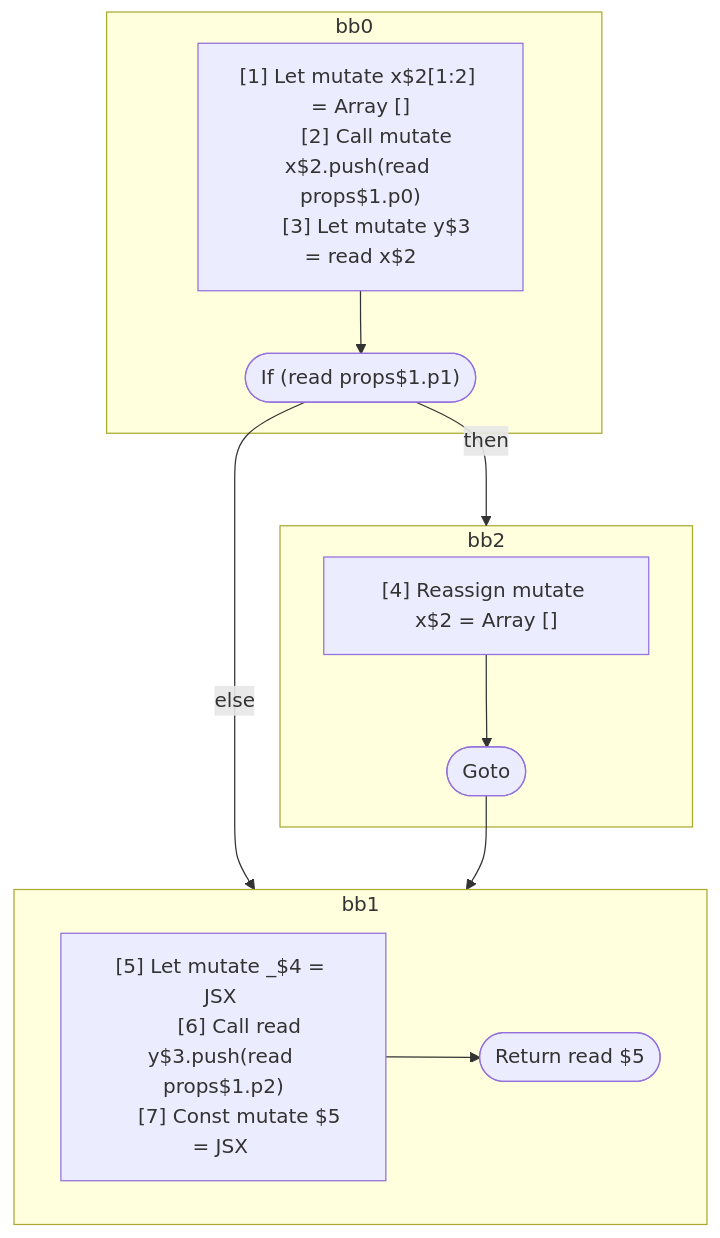
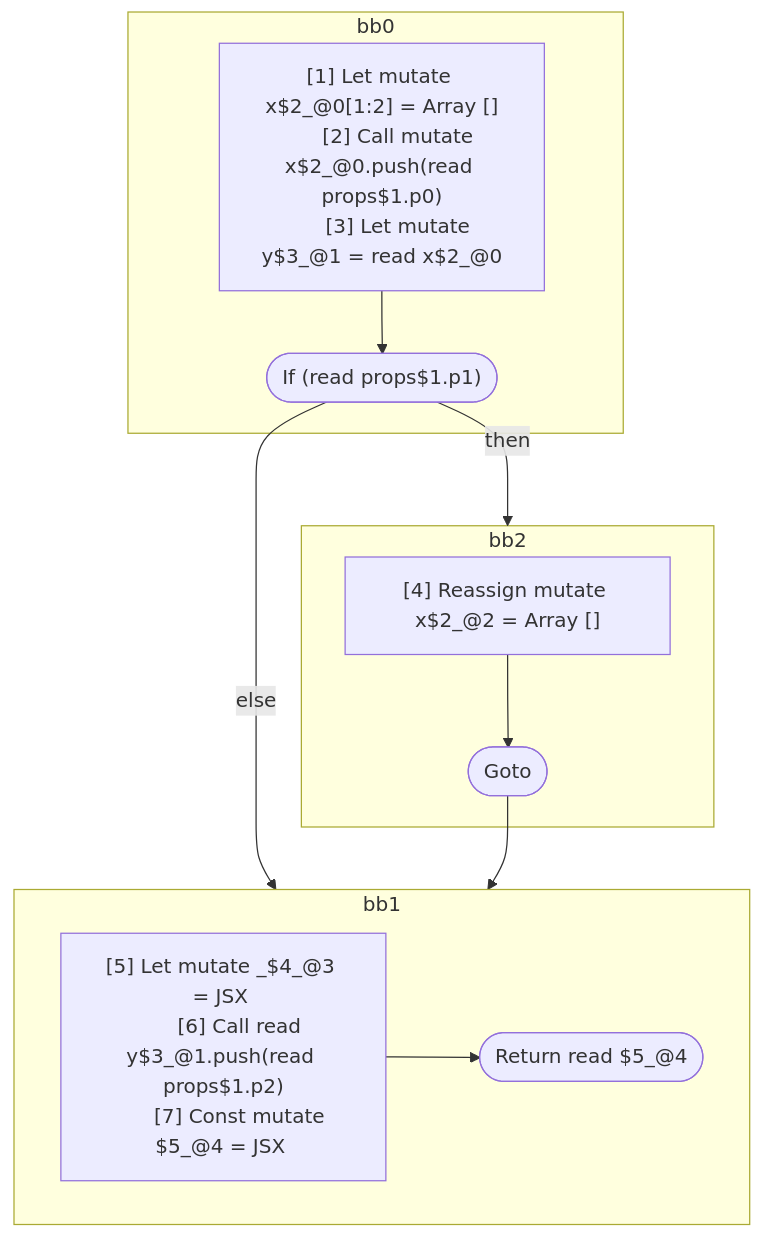
Before and after one commit to wutsmog/private: the diagram in compiler/forget/src/__tests__/fixtures/hir/reassignment-conditional.expect.md, drawn with Mermaid. The commit also changed other lines of this file and 60 other files, not shown here.

````diff
--- a/compiler/forget/src/__tests__/fixtures/hir/reassignment-conditional.expect.md
+++ b/compiler/forget/src/__tests__/fixtures/hir/reassignment-conditional.expect.md
@@ -44,32 +44,32 @@
 ```mermaid
 flowchart TB
   %% Basic Blocks
   subgraph bb0
     bb0_instrs["
-      [1] Let mutate x$2[1:2] = Array []
-      [2] Call mutate x$2.push(read props$1.p0)
-      [3] Let mutate y$3 = read x$2
+      [1] Let mutate x$2_@0[1:2] = Array []
+      [2] Call mutate x$2_@0.push(read props$1.p0)
+      [3] Let mutate y$3_@1 = read x$2_@0
     "]
     bb0_instrs --> bb0_terminal(["If (read props$1.p1)"])
   end
   subgraph bb2
     bb2_instrs["
-      [4] Reassign mutate x$2 = Array []
+      [4] Reassign mutate x$2_@2 = Array []
     "]
     bb2_instrs --> bb2_terminal(["Goto"])
   end
   subgraph bb1
     bb1_instrs["
-      [5] Let mutate _$4 = JSX <read Component$0 x={freeze x$2} ></read Component$0>
-      [6] Call read y$3.push(read props$1.p2)
-      [7] Const mutate $5 = JSX <read Component$0 x={read x$2} y={read y$3} ></read Component$0>
+      [5] Let mutate _$4_@3 = JSX <read Component$0 x={freeze x$2} ></read Component$0>
+      [6] Call read y$3_@1.push(read props$1.p2)
+      [7] Const mutate $5_@4 = JSX <read Component$0 x={read x$2} y={read y$3_@1} ></read Component$0>
     "]
-    bb1_instrs --> bb1_terminal(["Return read $5"])
+    bb1_instrs --> bb1_terminal(["Return read $5_@4"])
   end
 
   %% Jumps
   bb0_terminal -- then --> bb2
   bb0_terminal -- else --> bb1
   bb2_terminal --> bb1
 
 ```
````
